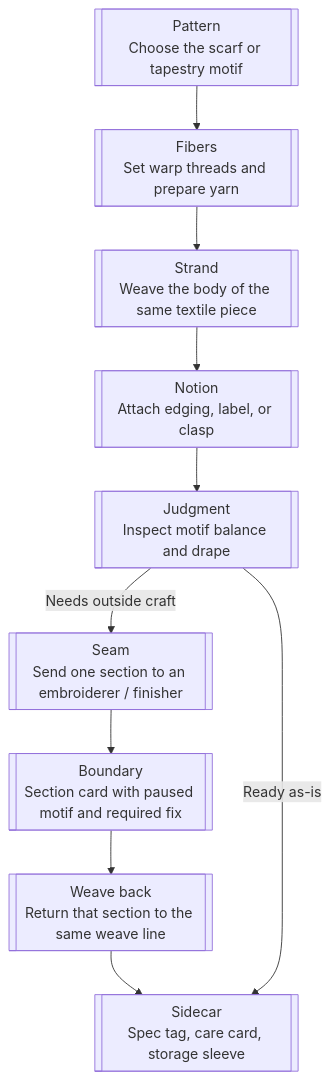
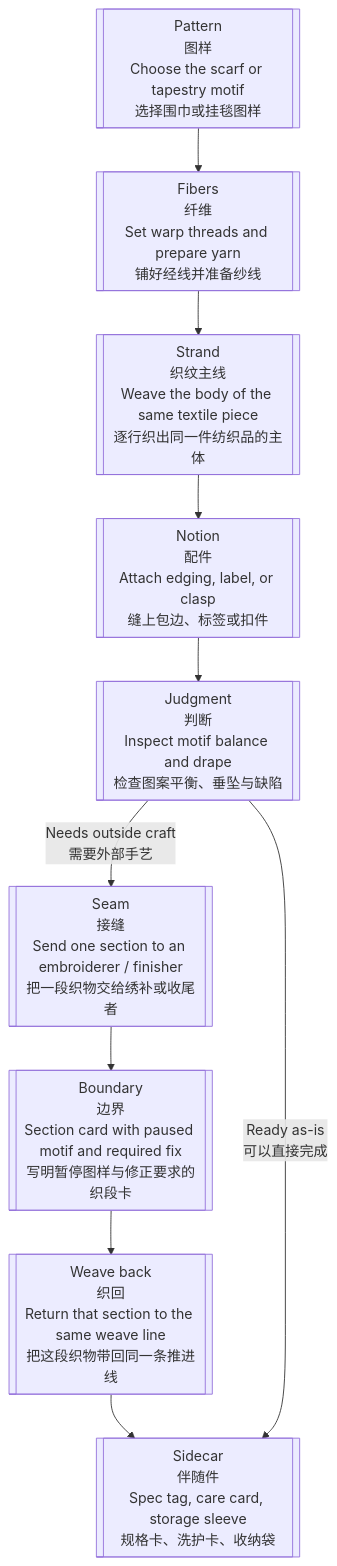
One commit to waynebaby/Techne-Loom changed the first of 2 diagrams in docs/en/architecture/workflow-terminology.md. Above: the diagram before and after it, drawn with Mermaid. The commit also changed other lines of this file and 13 other files, not shown here.

````diff
--- a/docs/en/architecture/workflow-terminology.md
+++ b/docs/en/architecture/workflow-terminology.md
@@ -97,12 +127,12 @@
 ```mermaid
 flowchart TD
-    A[[Pattern\nChoose the scarf or tapestry motif]] --> B[[Fibers\nSet warp threads and prepare yarn]]
-    B --> C[[Strand\nWeave the body of the same textile piece]]
-    C --> D[[Notion\nAttach edging, label, or clasp]]
-    D --> E[[Judgment\nInspect motif balance and drape]]
-    E -->|Needs outside craft| F[[Seam\nSend one section to an embroiderer / finisher]]
-    F --> G[[Boundary\nSection card with paused motif and required fix]]
-    G --> H[[Weave back\nReturn that section to the same weave line]]
-    H --> I[[Sidecar\nSpec tag, care card, storage sleeve]]
-    E -->|Ready as-is| I
+    A[[Pattern<br/>图样<br/>Choose the scarf or tapestry motif<br/>选择围巾或挂毯图样]] --> B[[Fibers<br/>纤维<br/>Set warp threads and prepare yarn<br/>铺好经线并准备纱线]]
+    B --> C[[Strand<br/>织纹主线<br/>Weave the body of the same textile piece<br/>逐行织出同一件纺织品的主体]]
+    C --> D[[Notion<br/>配件<br/>Attach edging, label, or clasp<br/>缝上包边、标签或扣件]]
+    D --> E[[Judgment<br/>判断<br/>Inspect motif balance and drape<br/>检查图案平衡、垂坠与缺陷]]
+    E -->|Needs outside craft<br/>需要外部手艺| F[[Seam<br/>接缝<br/>Send one section to an embroiderer / finisher<br/>把一段织物交给绣补或收尾者]]
+    F --> G[[Boundary<br/>边界<br/>Section card with paused motif and required fix<br/>写明暂停图样与修正要求的织段卡]]
+    G --> H[[Weave back<br/>织回<br/>Return that section to the same weave line<br/>把这段织物带回同一条推进线]]
+    H --> I[[Sidecar<br/>伴随件<br/>Spec tag, care card, storage sleeve<br/>规格卡、洗护卡、收纳袋]]
+    E -->|Ready as-is<br/>可以直接完成| I
 ```
````
